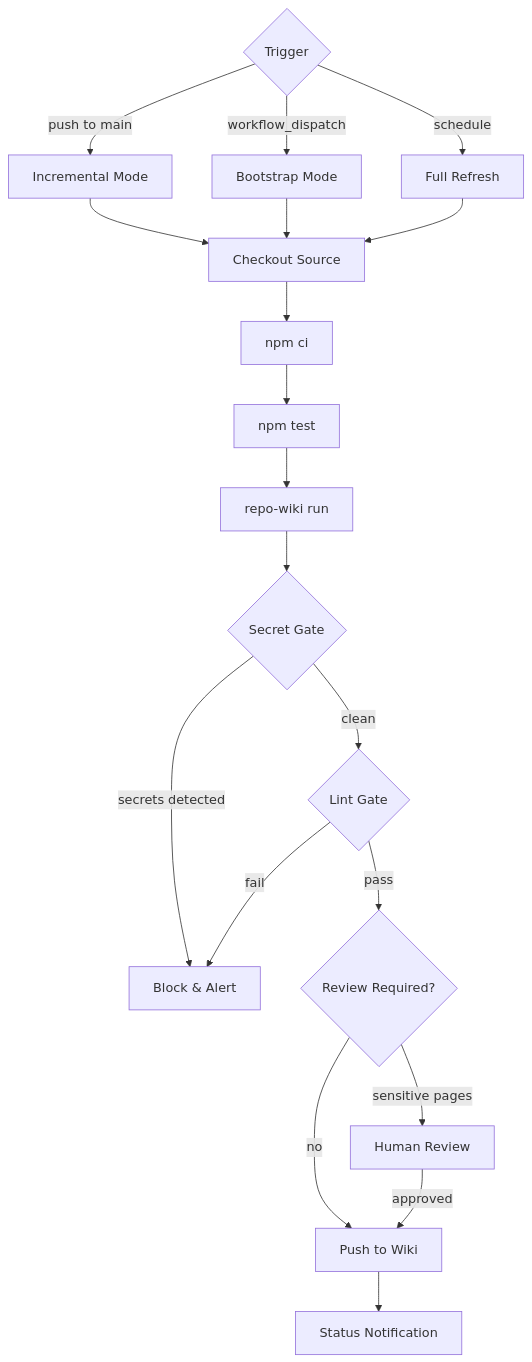
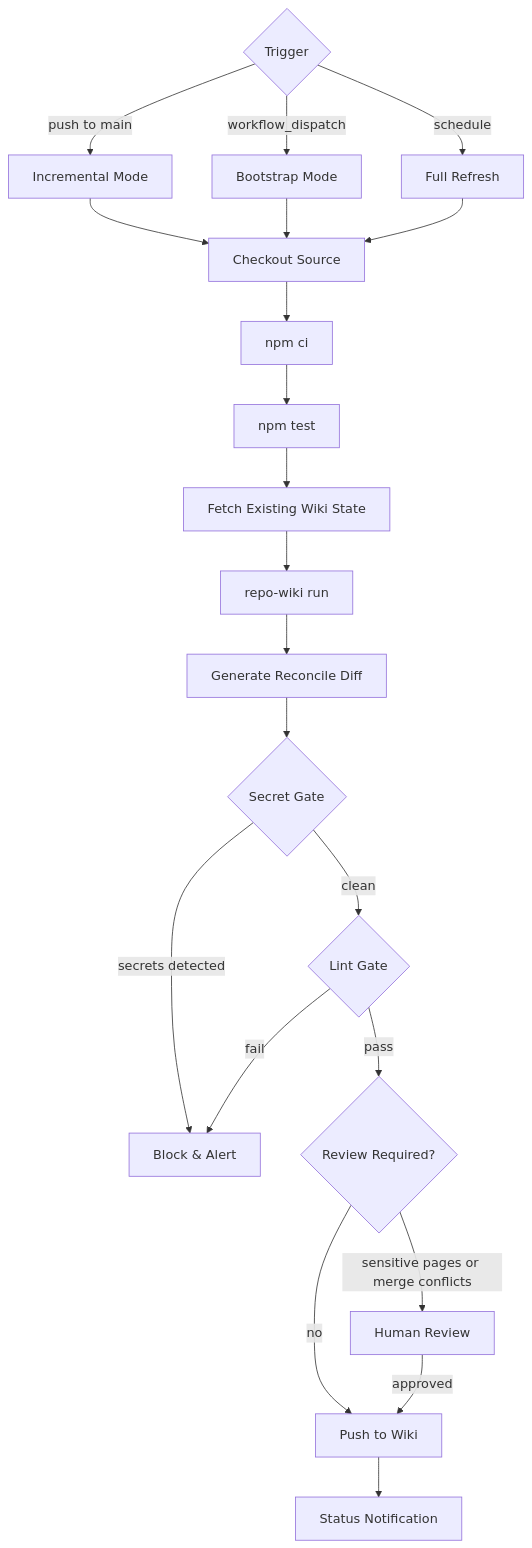
The first of 3 diagrams in docs/plans/ci-publishing/PLAN.md (mfittko/repo-wiki), drawn with Mermaid before and after one commit. The commit also changed other lines of this file and 35 other files, not shown here.

Commit message:
Migrate repo-wiki to TypeScript and enforce CI checks

````diff
--- a/docs/plans/ci-publishing/PLAN.md
+++ b/docs/plans/ci-publishing/PLAN.md
@@ -9,23 +9,25 @@
 ```mermaid
 flowchart TD
   Trigger{Trigger} --> |push to main| Incremental[Incremental Mode]
   Trigger --> |workflow_dispatch| Bootstrap[Bootstrap Mode]
   Trigger --> |schedule| Refresh[Full Refresh]
 
   Incremental --> Checkout[Checkout Source]
   Bootstrap --> Checkout
   Refresh --> Checkout
 
   Checkout --> Install[npm ci]
   Install --> Test[npm test]
-  Test --> Generate[repo-wiki run]
-  Generate --> SecGate{Secret Gate}
+  Test --> FetchWiki[Fetch Existing Wiki State]
+  FetchWiki --> Generate[repo-wiki run]
+  Generate --> DiffReport[Generate Reconcile Diff]
+  DiffReport --> SecGate{Secret Gate}
   SecGate -->|secrets detected| Block[Block & Alert]
   SecGate -->|clean| LintGate{Lint Gate}
   LintGate -->|fail| Block
   LintGate -->|pass| ReviewGate{Review Required?}
-  ReviewGate -->|sensitive pages| HumanReview[Human Review]
+  ReviewGate -->|sensitive pages or merge conflicts| HumanReview[Human Review]
   ReviewGate -->|no| Publish[Push to Wiki]
   HumanReview -->|approved| Publish
   Publish --> Notify[Status Notification]
 ```
````
